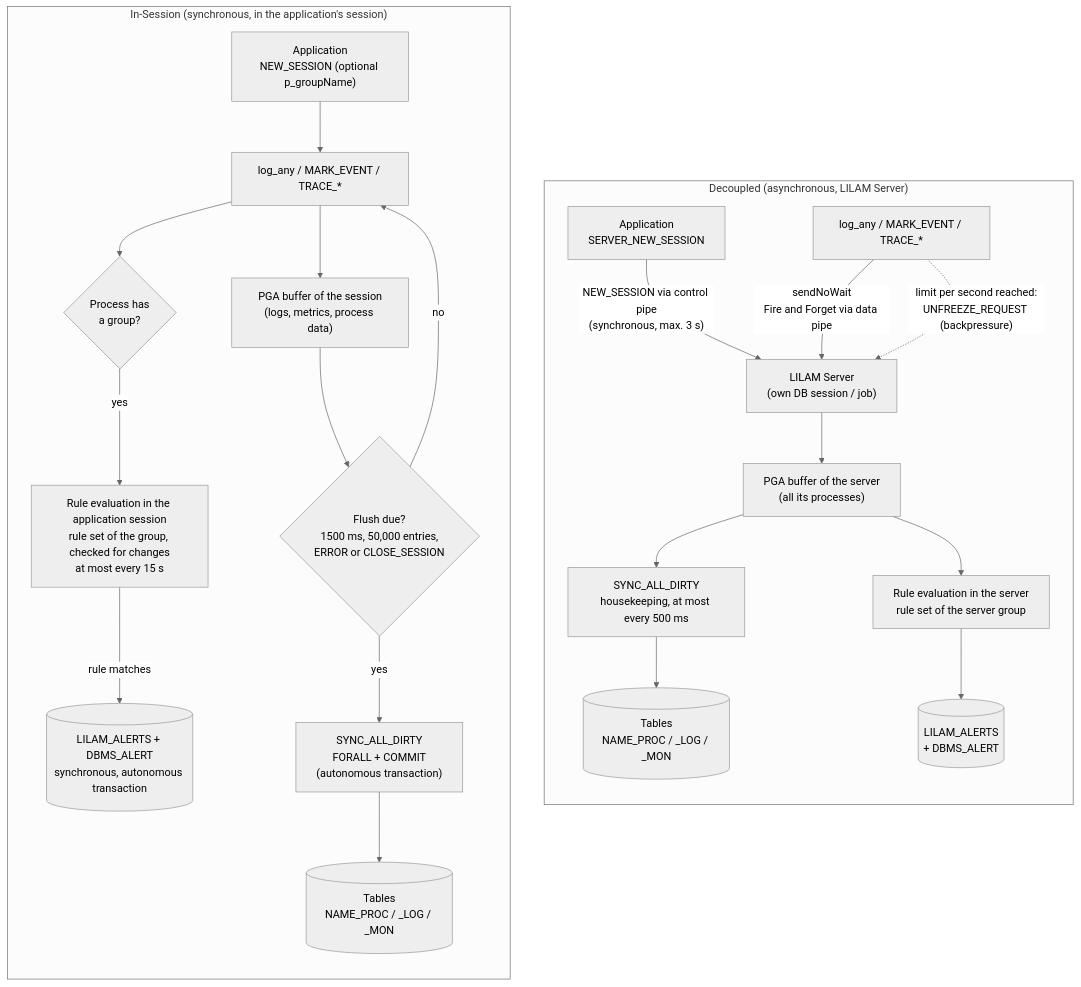
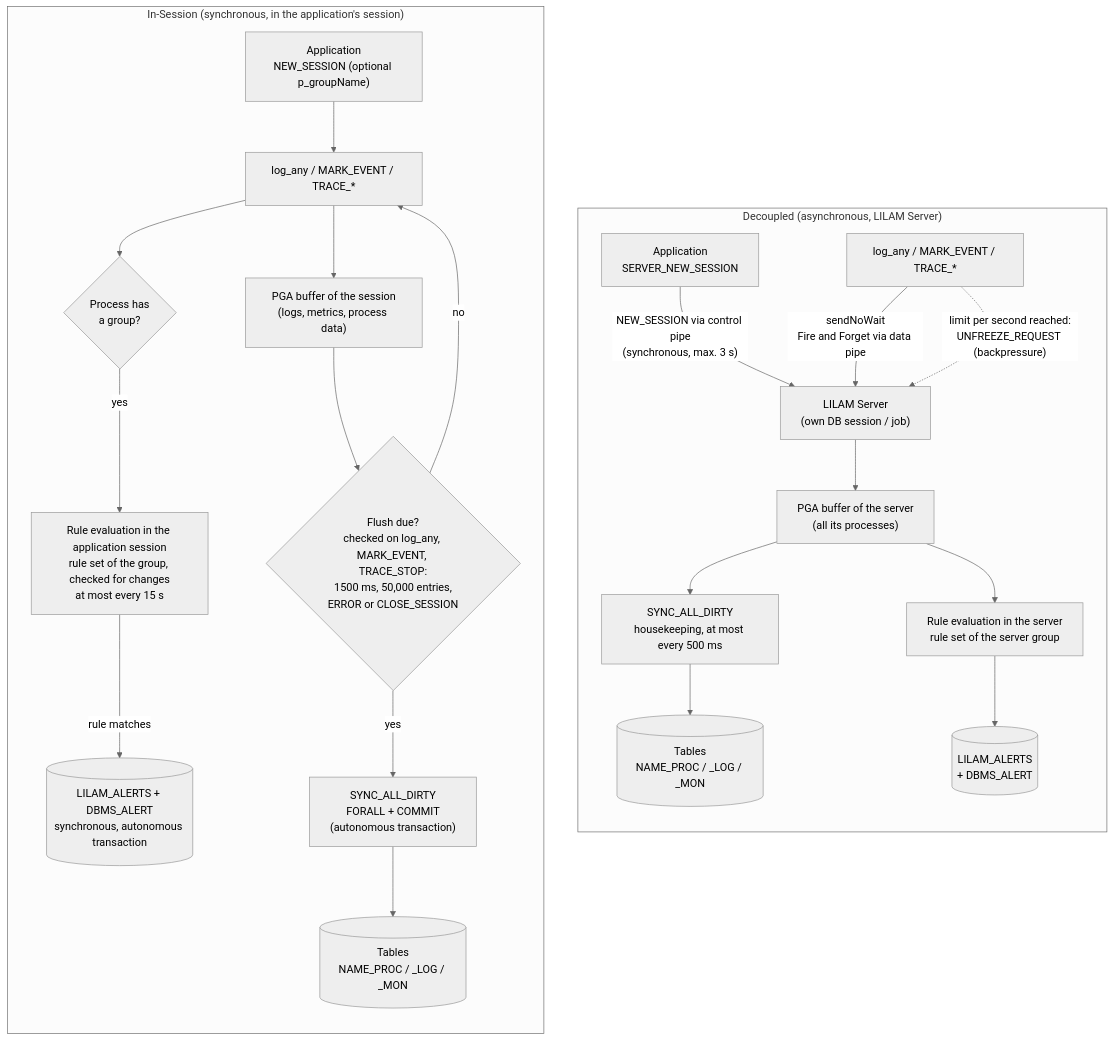
One commit to dirkgermany/LILAM changed the first of 4 diagrams in docs/architecture and concepts.md. Above: the diagram before and after it, drawn with Mermaid (neutral theme). The commit also changed other lines of this file and 3 other files, not shown here.

First line of the commit message:
Trigger time-controlled write-back on TRACE_STOP and MARK_EVENT

````diff
--- a/docs/architecture and concepts.md
+++ b/docs/architecture and concepts.md
@@ -316,29 +316,29 @@
 ```mermaid
 flowchart LR
     subgraph INS ["In-Session (synchronous, in the application's session)"]
         direction TB
         A1["Application<br/>NEW_SESSION (optional p_groupName)"] --> B1["log_any / MARK_EVENT / TRACE_*"]
         B1 --> C1["PGA buffer of the session<br/>(logs, metrics, process data)"]
         B1 --> G1{"Process has<br/>a group?"}
         G1 -- yes --> R1["Rule evaluation in the application session<br/>rule set of the group, checked for changes<br/>at most every 15 s"]
         R1 -- "rule matches" --> AL1[("LILAM_ALERTS + DBMS_ALERT<br/>synchronous, autonomous transaction")]
-        C1 --> D1{"Flush due?<br/>1500 ms, 50,000 entries,<br/>ERROR or CLOSE_SESSION"}
+        C1 --> D1{"Flush due?<br/>checked on log_any, MARK_EVENT, TRACE_STOP:<br/>1500 ms, 50,000 entries,<br/>ERROR or CLOSE_SESSION"}
         D1 -- yes --> E1["SYNC_ALL_DIRTY<br/>FORALL + COMMIT<br/>(autonomous transaction)"]
         D1 -- no --> B1
         E1 --> T1[("Tables<br/>NAME_PROC / _LOG / _MON")]
     end
 
     subgraph DEC ["Decoupled (asynchronous, LILAM Server)"]
         direction TB
         A2["Application<br/>SERVER_NEW_SESSION"] -- "NEW_SESSION via control pipe<br/>(synchronous, max. 3 s)" --> S2
         B2["log_any / MARK_EVENT / TRACE_*"] -- "sendNoWait<br/>Fire and Forget via data pipe" --> S2["LILAM Server<br/>(own DB session / job)"]
         B2 -. "limit per second reached:<br/>UNFREEZE_REQUEST (backpressure)" .-> S2
         S2 --> C2["PGA buffer of the server<br/>(all its processes)"]
         C2 --> R2["Rule evaluation in the server<br/>rule set of the server group"]
         C2 --> E2["SYNC_ALL_DIRTY<br/>housekeeping, at most every 500 ms"]
         E2 --> T2[("Tables<br/>NAME_PROC / _LOG / _MON")]
         R2 --> AL[("LILAM_ALERTS<br/>+ DBMS_ALERT")]
     end
 
     INS ~~~ DEC
 ```
````
